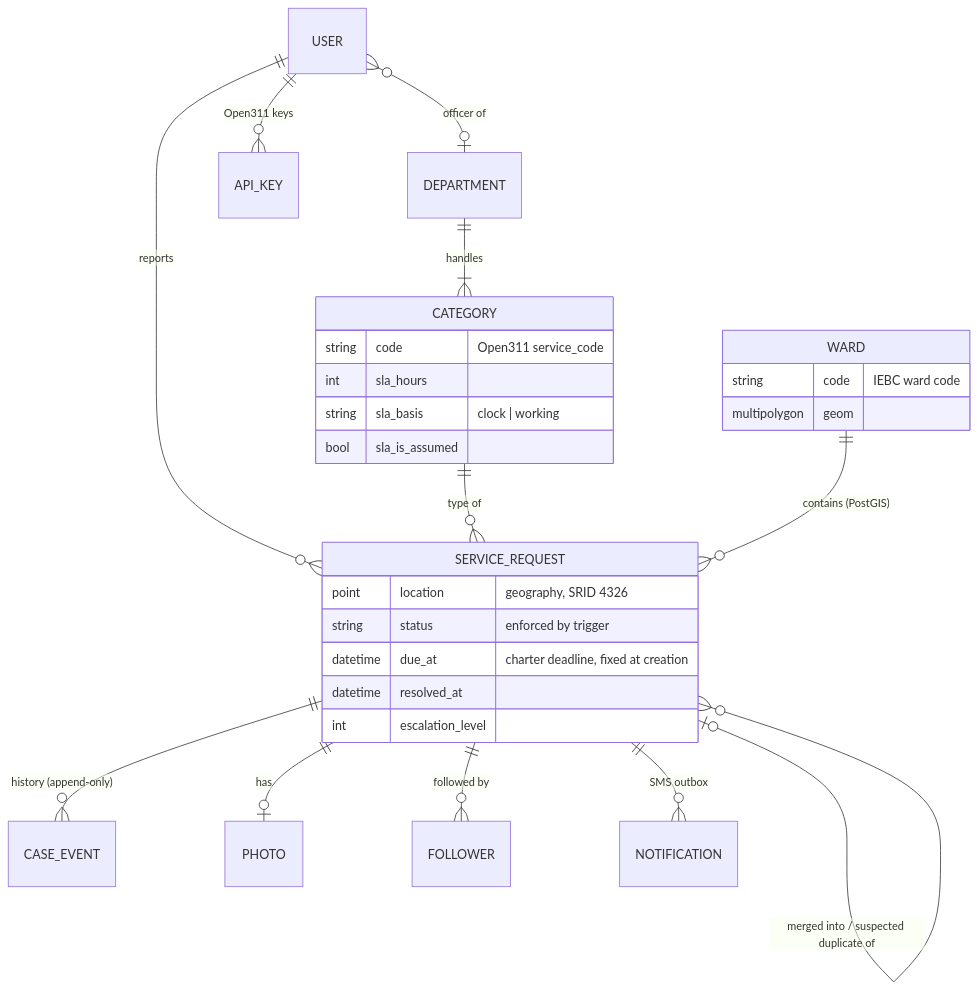
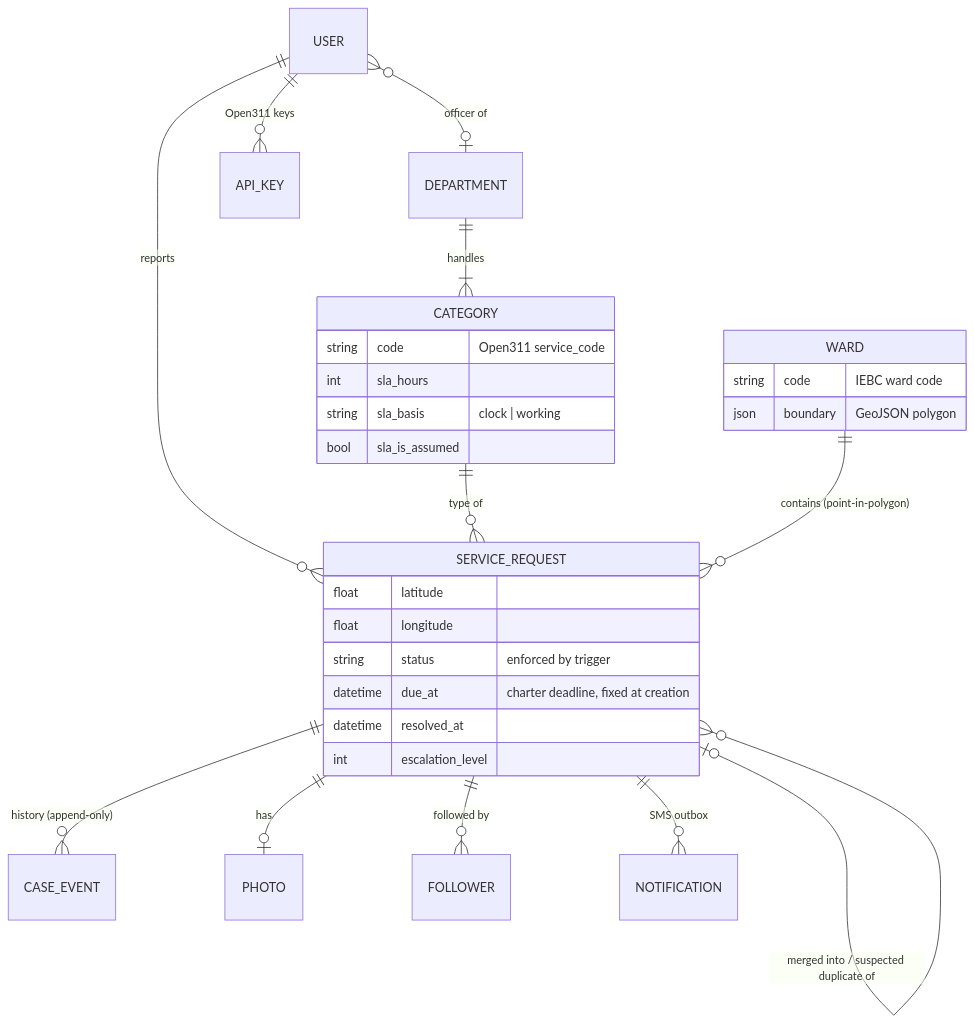
The second of 2 diagrams in README.md (AtRealMasterLuke/One-Kenya-Services), drawn with Mermaid before and after one commit. The commit also changed other lines of this file and 43 other files, not shown here.

````diff
--- a/README.md
+++ b/README.md
@@ -108,32 +108,33 @@
 ```mermaid
 erDiagram
     USER ||--o{ SERVICE_REQUEST : reports
     USER }o--o| DEPARTMENT : "officer of"
     DEPARTMENT ||--|{ CATEGORY : handles
     CATEGORY ||--o{ SERVICE_REQUEST : "type of"
-    WARD ||--o{ SERVICE_REQUEST : "contains (PostGIS)"
+    WARD ||--o{ SERVICE_REQUEST : "contains (point-in-polygon)"
     SERVICE_REQUEST ||--o{ CASE_EVENT : "history (append-only)"
     SERVICE_REQUEST ||--o| PHOTO : has
     SERVICE_REQUEST ||--o{ FOLLOWER : "followed by"
     SERVICE_REQUEST ||--o{ NOTIFICATION : "SMS outbox"
     SERVICE_REQUEST |o--o{ SERVICE_REQUEST : "merged into / suspected duplicate of"
     USER ||--o{ API_KEY : "Open311 keys"
 
     SERVICE_REQUEST {
-        point location "geography, SRID 4326"
+        float latitude
+        float longitude
         string status "enforced by trigger"
         datetime due_at "charter deadline, fixed at creation"
         datetime resolved_at
         int escalation_level
     }
     CATEGORY {
         string code "Open311 service_code"
         int sla_hours
         string sla_basis "clock | working"
         bool sla_is_assumed
     }
     WARD {
         string code "IEBC ward code"
-        multipolygon geom
+        json boundary "GeoJSON polygon"
     }
 ```
````
